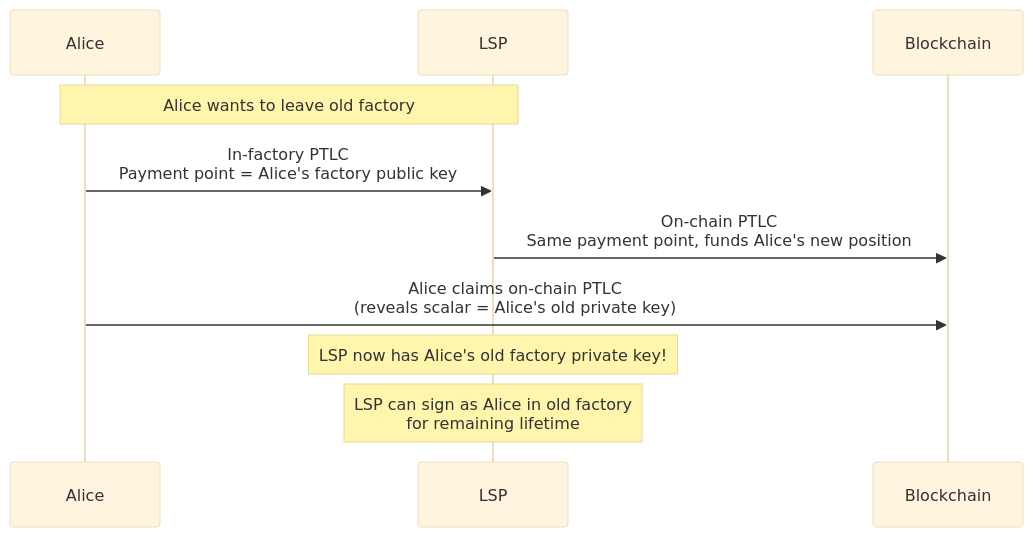
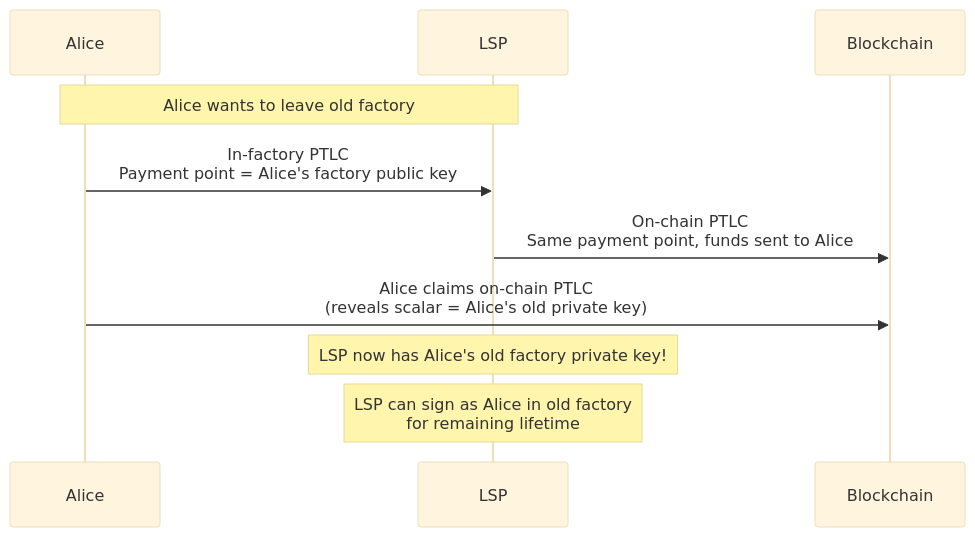
The third of 5 diagrams in how-it-works/client-migration.md (8144225309/superscalar-docs), drawn with Mermaid (base theme) before and after one commit. The commit also changed other lines of this file and 31 other files, not shown here.

````diff
--- a/how-it-works/client-migration.md
+++ b/how-it-works/client-migration.md
@@ -57,16 +56,16 @@
 ```mermaid
 sequenceDiagram
     participant A as Alice
     participant L as LSP
     participant Chain as Blockchain
 
     Note over A,L: Alice wants to leave old factory
 
     A->>L: In-factory PTLC<br/>Payment point = Alice's factory public key
-    L->>Chain: On-chain PTLC<br/>Same payment point, funds Alice's new position
+    L->>Chain: On-chain PTLC<br/>Same payment point, funds sent to Alice
 
     A->>Chain: Alice claims on-chain PTLC<br/>(reveals scalar = Alice's old private key)
 
     Note over L: LSP now has Alice's old factory private key!
     Note over L: LSP can sign as Alice in old factory<br/>for remaining lifetime
 ```
````
